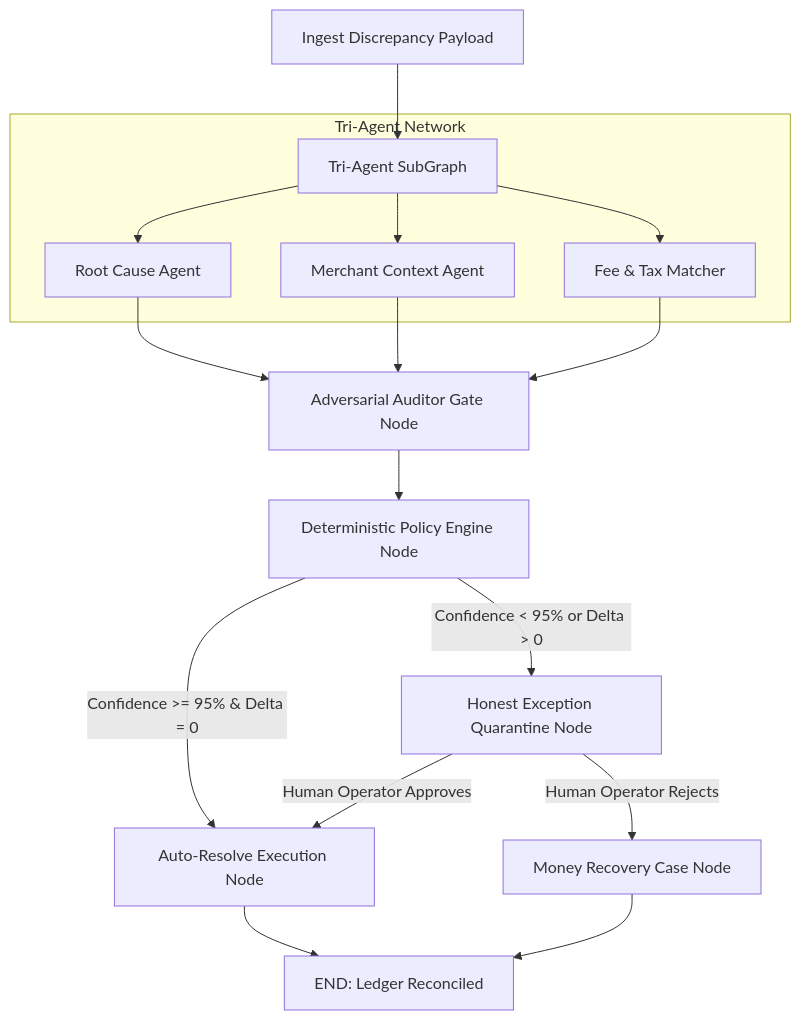
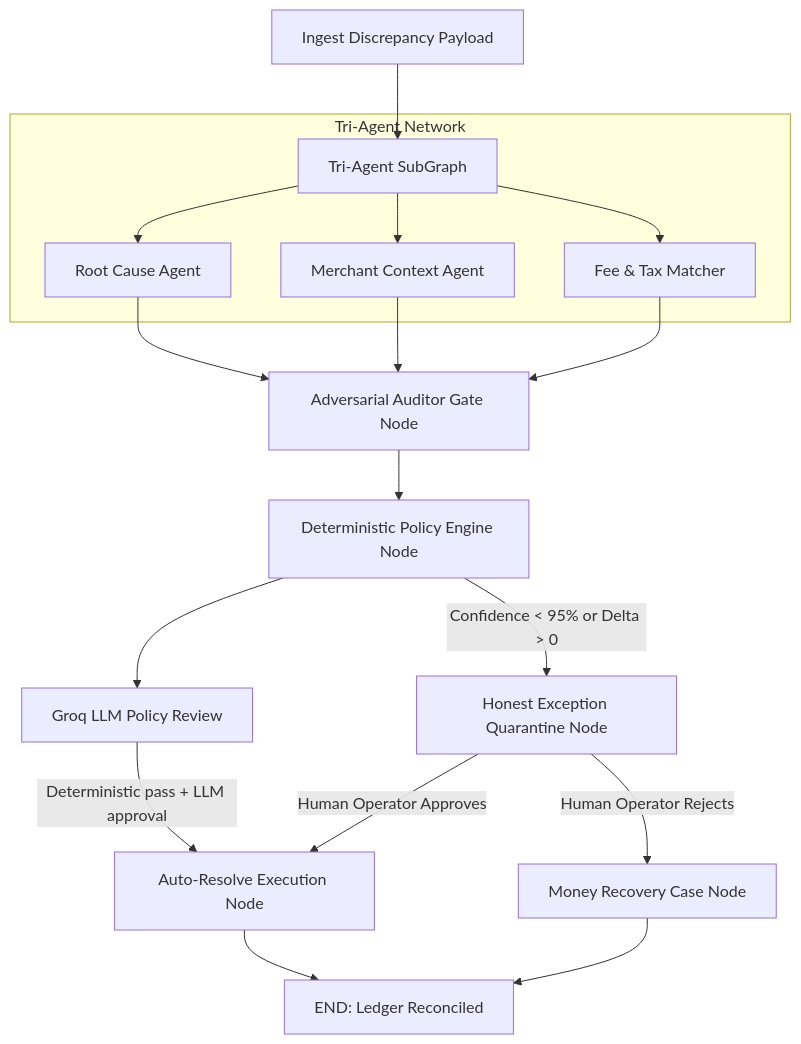
One commit to bhanvinayer/SettleWise changed the diagram in README.md. Above: the diagram before and after it, drawn with Mermaid. The commit also changed other lines of this file and 33 other files, not shown here.

````diff
--- a/README.md
+++ b/README.md
@@ -45,25 +45,26 @@
 ```mermaid
 graph TD
     A[Ingest Discrepancy Payload] --> B[Tri-Agent SubGraph]
     
     subgraph Tri-Agent Network
         B --> B1[Root Cause Agent]
         B --> B2[Merchant Context Agent]
         B --> B3[Fee & Tax Matcher]
     end
     
     B1 --> C[Adversarial Auditor Gate Node]
     B2 --> C
     B3 --> C
     
     C --> D[Deterministic Policy Engine Node]
     
-    D -->|Confidence >= 95% & Delta = 0| E[Auto-Resolve Execution Node]
+   D --> L[Groq LLM Policy Review]
+   L -->|Deterministic pass + LLM approval| E[Auto-Resolve Execution Node]
     D -->|Confidence < 95% or Delta > 0| F[Honest Exception Quarantine Node]
     
     F -->|Human Operator Approves| E
     F -->|Human Operator Rejects| G[Money Recovery Case Node]
     
     E --> H[END: Ledger Reconciled]
     G --> H
 ```
````
